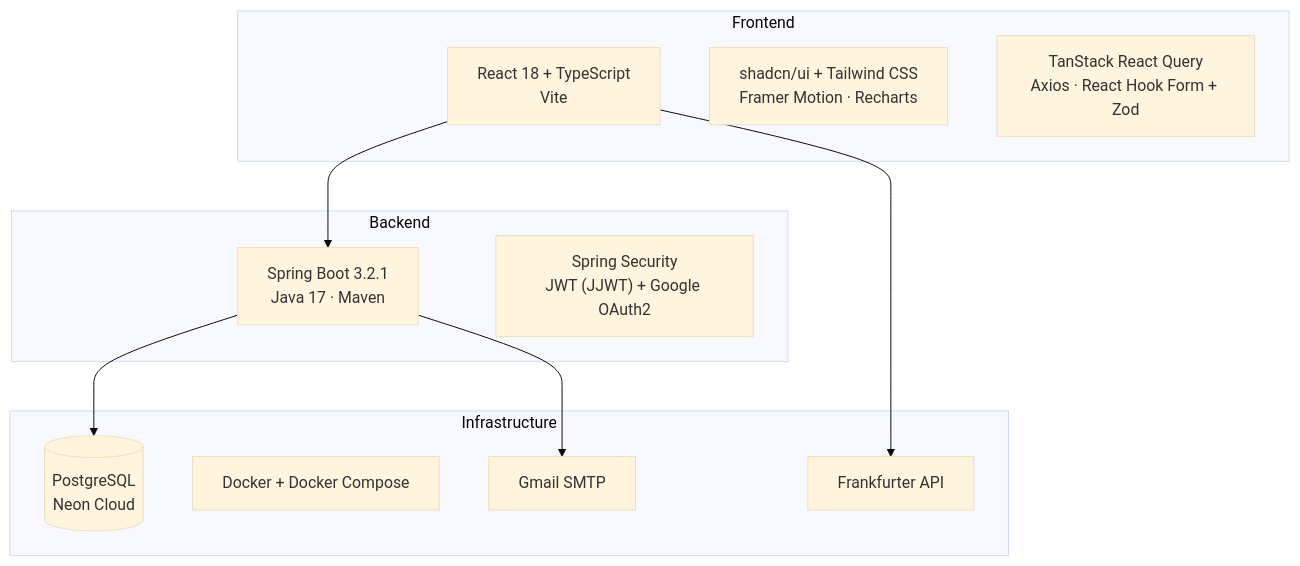
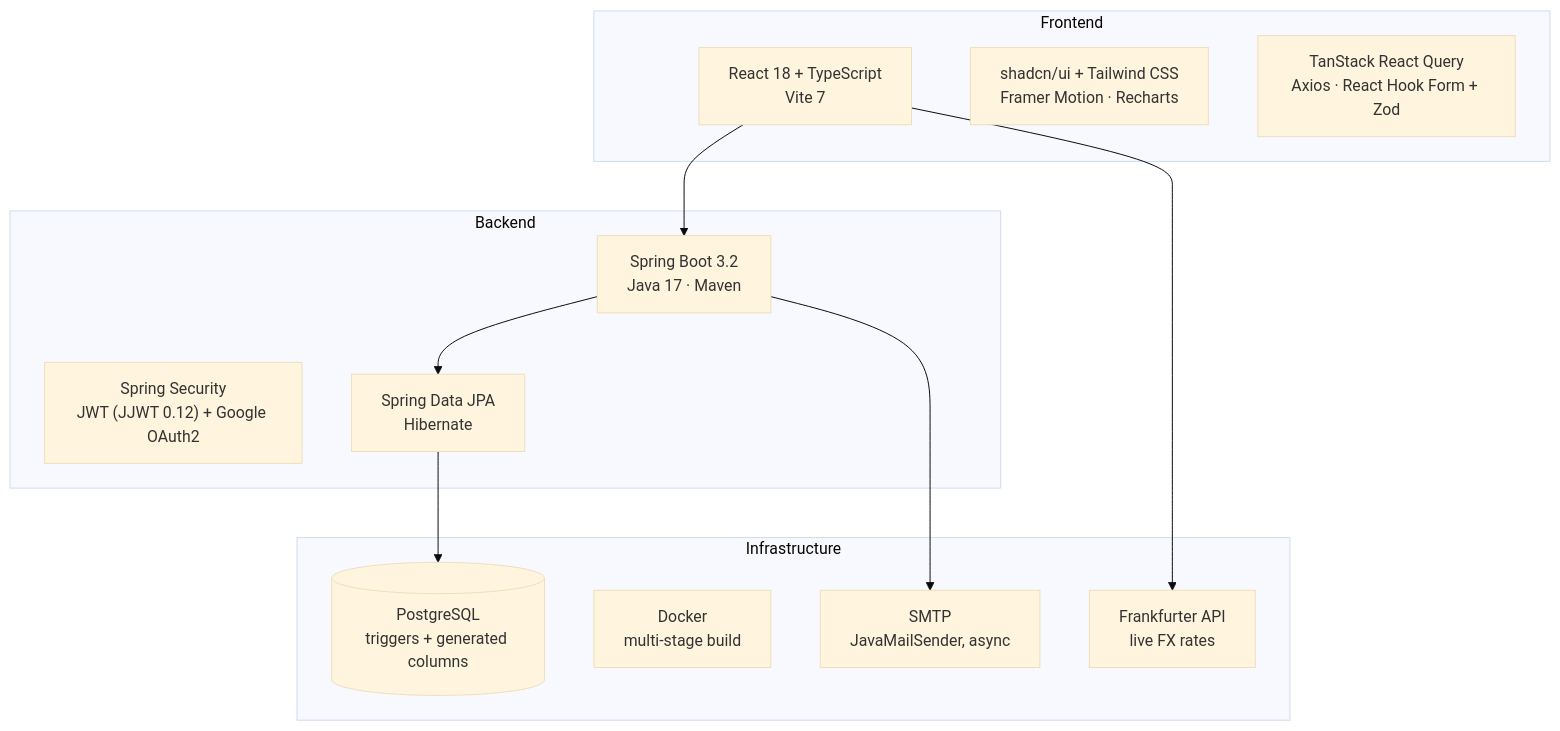
The first of 16 diagrams in portfolio-react/public/docs/travelluhh.md (snsyaqirah/snsyaqirah.github.io), drawn with Mermaid (base theme) before and after one commit. The commit also changed other lines of this file and 101 other files, not shown here.

````diff
--- a/portfolio-react/public/docs/travelluhh.md
+++ b/portfolio-react/public/docs/travelluhh.md
@@ -73,22 +77,24 @@
 ```mermaid
 graph TD
     subgraph Frontend
-        FE["React 18 + TypeScript\nVite"]
-        UI["shadcn/ui + Tailwind CSS\nFramer Motion · Recharts"]
-        ST["TanStack React Query\nAxios · React Hook Form + Zod"]
+        FE["React 18 + TypeScript<br/>Vite 7"]
+        UI["shadcn/ui + Tailwind CSS<br/>Framer Motion · Recharts"]
+        ST["TanStack React Query<br/>Axios · React Hook Form + Zod"]
     end
     subgraph Backend
-        BE["Spring Boot 3.2.1\nJava 17 · Maven"]
-        AU["Spring Security\nJWT (JJWT) + Google OAuth2"]
+        BE["Spring Boot 3.2<br/>Java 17 · Maven"]
+        AU["Spring Security<br/>JWT (JJWT 0.12) + Google OAuth2"]
+        JPA["Spring Data JPA<br/>Hibernate"]
     end
     subgraph Infrastructure
-        DB[("PostgreSQL\nNeon Cloud")]
-        HO["Docker + Docker Compose"]
-        SMTP["Gmail SMTP"]
-        FX["Frankfurter API"]
+        DB[("PostgreSQL<br/>triggers + generated columns")]
+        HO["Docker<br/>multi-stage build"]
+        SMTP["SMTP<br/>JavaMailSender, async"]
+        FX["Frankfurter API<br/>live FX rates"]
     end
     FE --> BE
-    BE --> DB
+    BE --> JPA
+    JPA --> DB
     BE --> SMTP
     FE --> FX
 ```
````
